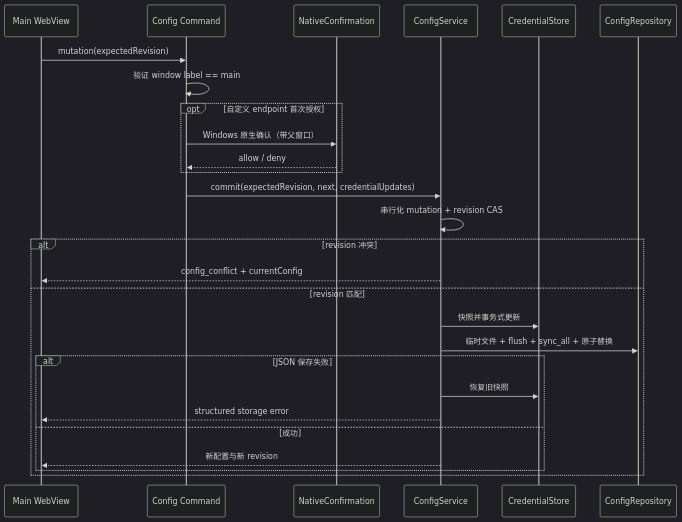
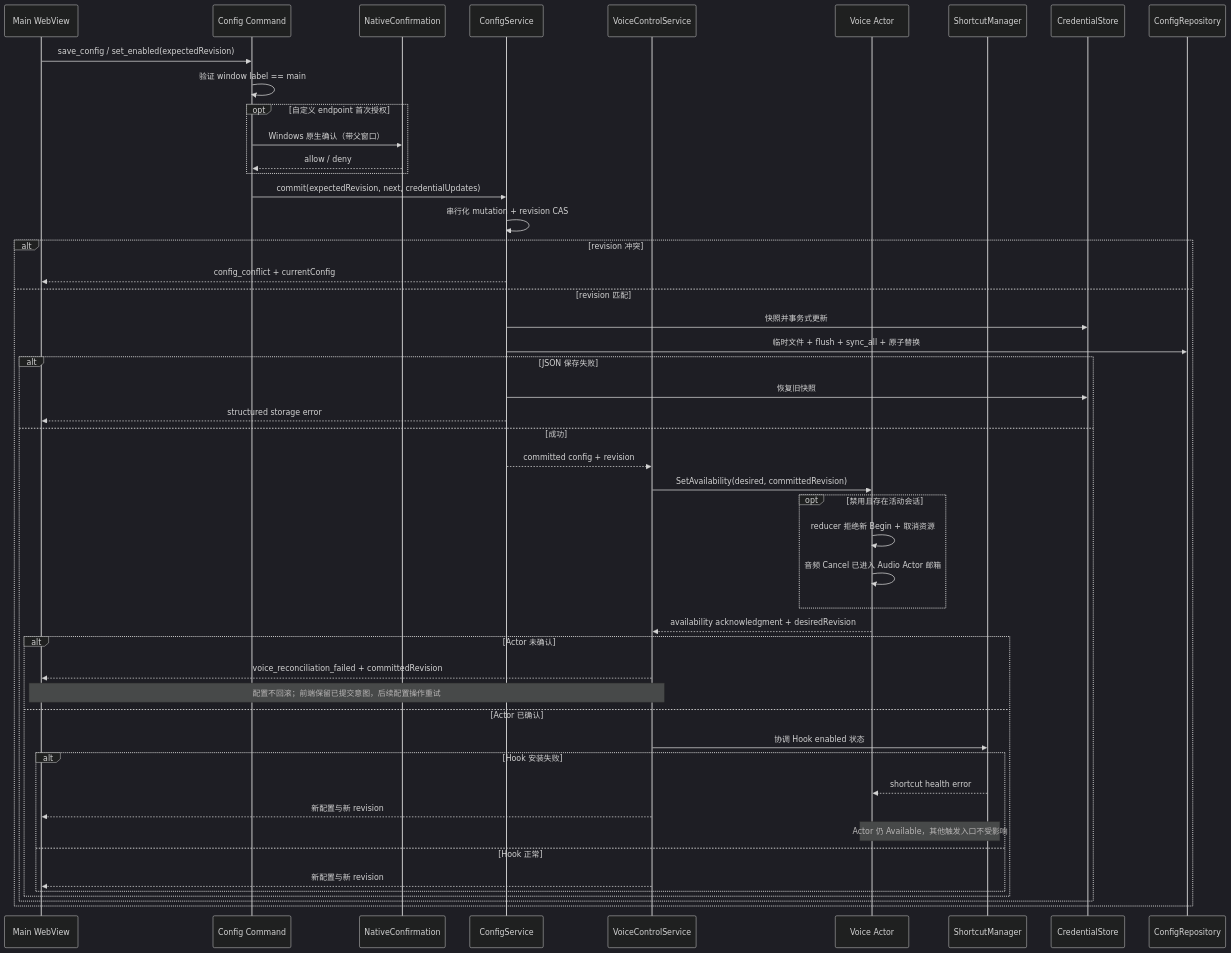
One commit to zhongwater123/Zephyr changed the fourth of 6 diagrams in docs/architecture/runtime-views.md. Above: the diagram before and after it, drawn with Mermaid (dark theme). The commit also changed other lines of this file and 61 other files, not shown here.

````diff
--- a/docs/architecture/runtime-views.md
+++ b/docs/architecture/runtime-views.md
@@ -152,30 +178,52 @@
 ```mermaid
 sequenceDiagram
     participant UI as Main WebView
     participant CMD as Config Command
     participant NATIVE as NativeConfirmation
     participant CFG as ConfigService
+    participant VCS as VoiceControlService
+    participant ACT as Voice Actor
+    participant HK as ShortcutManager
     participant KEY as CredentialStore
     participant JSON as ConfigRepository
 
-    UI->>CMD: mutation(expectedRevision)
+    UI->>CMD: save_config / set_enabled(expectedRevision)
     CMD->>CMD: 验证 window label == main
     opt 自定义 endpoint 首次授权
         CMD->>NATIVE: Windows 原生确认（带父窗口）
         NATIVE-->>CMD: allow / deny
     end
     CMD->>CFG: commit(expectedRevision, next, credentialUpdates)
     CFG->>CFG: 串行化 mutation + revision CAS
     alt revision 冲突
         CFG-->>UI: config_conflict + currentConfig
     else revision 匹配
         CFG->>KEY: 快照并事务式更新
         CFG->>JSON: 临时文件 + flush + sync_all + 原子替换
         alt JSON 保存失败
             CFG->>KEY: 恢复旧快照
             CFG-->>UI: structured storage error
         else 成功
-            CFG-->>UI: 新配置与新 revision
+            CFG-->>VCS: committed config + revision
+            VCS->>ACT: SetAvailability(desired, committedRevision)
+            opt 禁用且存在活动会话
+                ACT->>ACT: reducer 拒绝新 Begin + 取消资源
+                ACT->>ACT: 音频 Cancel 已进入 Audio Actor 邮箱
+            end
+            ACT-->>VCS: availability acknowledgment + desiredRevision
+            alt Actor 未确认
+                VCS-->>UI: voice_reconciliation_failed + committedRevision
+                Note over UI,VCS: 配置不回滚；前端保留已提交意图，后续配置操作重试
+            else Actor 已确认
+                VCS->>HK: 协调 Hook enabled 状态
+                alt Hook 安装失败
+                    HK-->>ACT: shortcut health error
+                    VCS-->>UI: 新配置与新 revision
+                    Note over ACT,HK: Actor 仍 Available，其他触发入口不受影响
+                else Hook 正常
+                    VCS-->>UI: 新配置与新 revision
+                end
+            end
         end
     end
 ```
````
